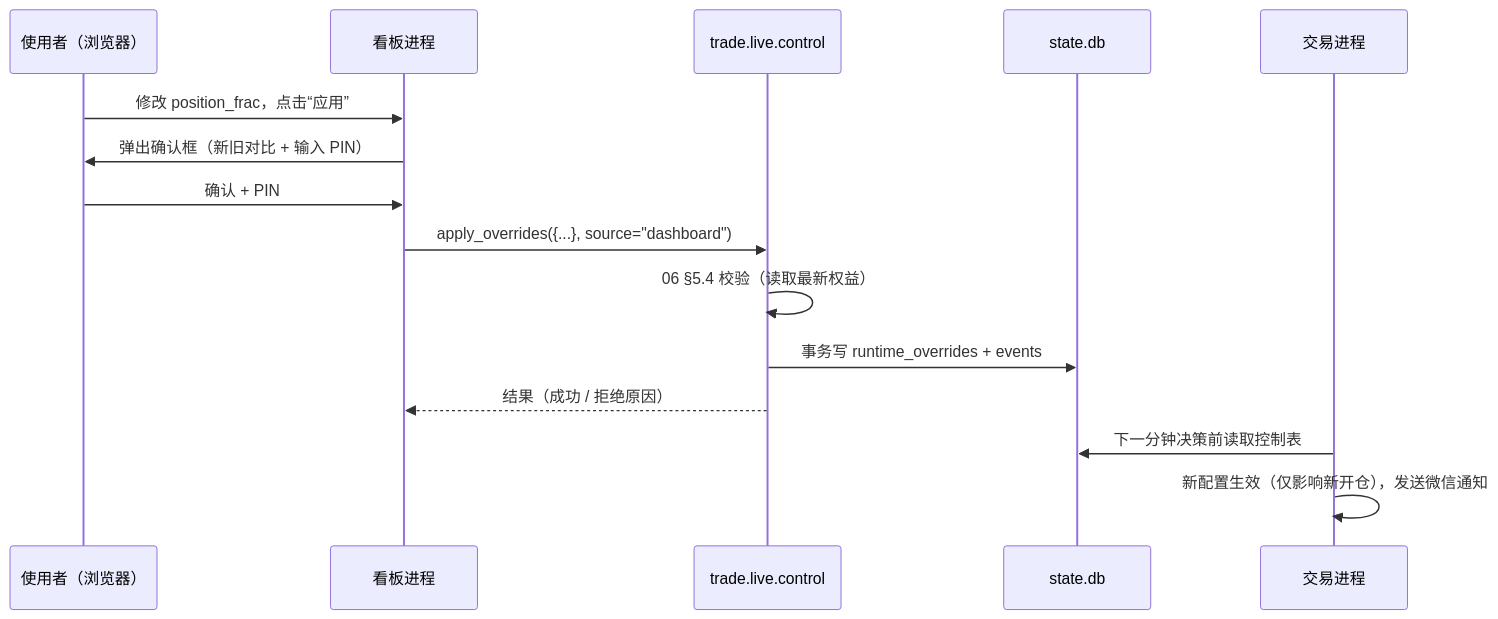
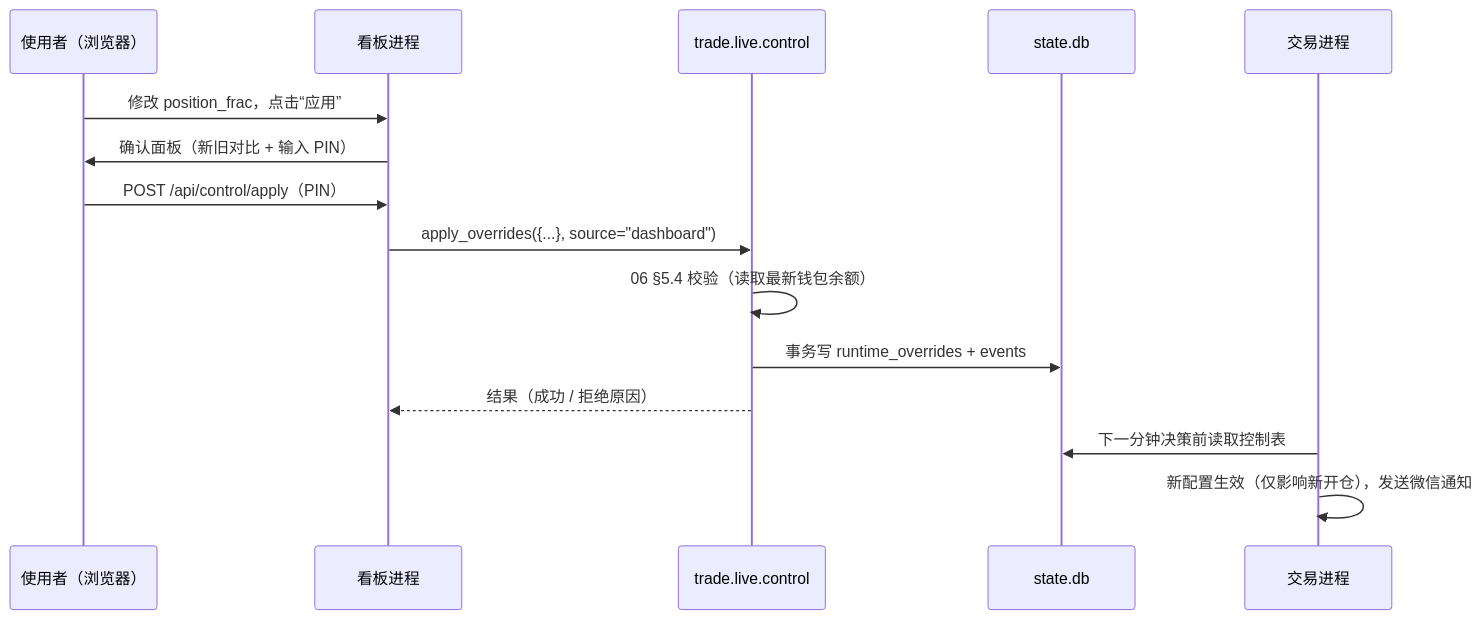
The diagram in docs/10-可视化看板.md (wumingze704-bit/bn-trade), drawn with Mermaid before and after one commit. The commit also changed other lines of this file and 40 other files, not shown here.

````diff
--- a/docs/10-可视化看板.md
+++ b/docs/10-可视化看板.md
@@ -131,17 +180,17 @@
 ```mermaid
 sequenceDiagram
     participant U as 使用者（浏览器）
     participant D as 看板进程
     participant C as trade.live.control
     participant DB as state.db
     participant L as 交易进程
     U->>D: 修改 position_frac，点击“应用”
-    D->>U: 弹出确认框（新旧对比 + 输入 PIN）
-    U->>D: 确认 + PIN
+    D->>U: 确认面板（新旧对比 + 输入 PIN）
+    U->>D: POST /api/control/apply（PIN）
     D->>C: apply_overrides({...}, source="dashboard")
-    C->>C: 06 §5.4 校验（读取最新权益）
+    C->>C: 06 §5.4 校验（读取最新钱包余额）
     C->>DB: 事务写 runtime_overrides + events
     C-->>D: 结果（成功 / 拒绝原因）
     L->>DB: 下一分钟决策前读取控制表
     L->>L: 新配置生效（仅影响新开仓），发送微信通知
 ```
````
